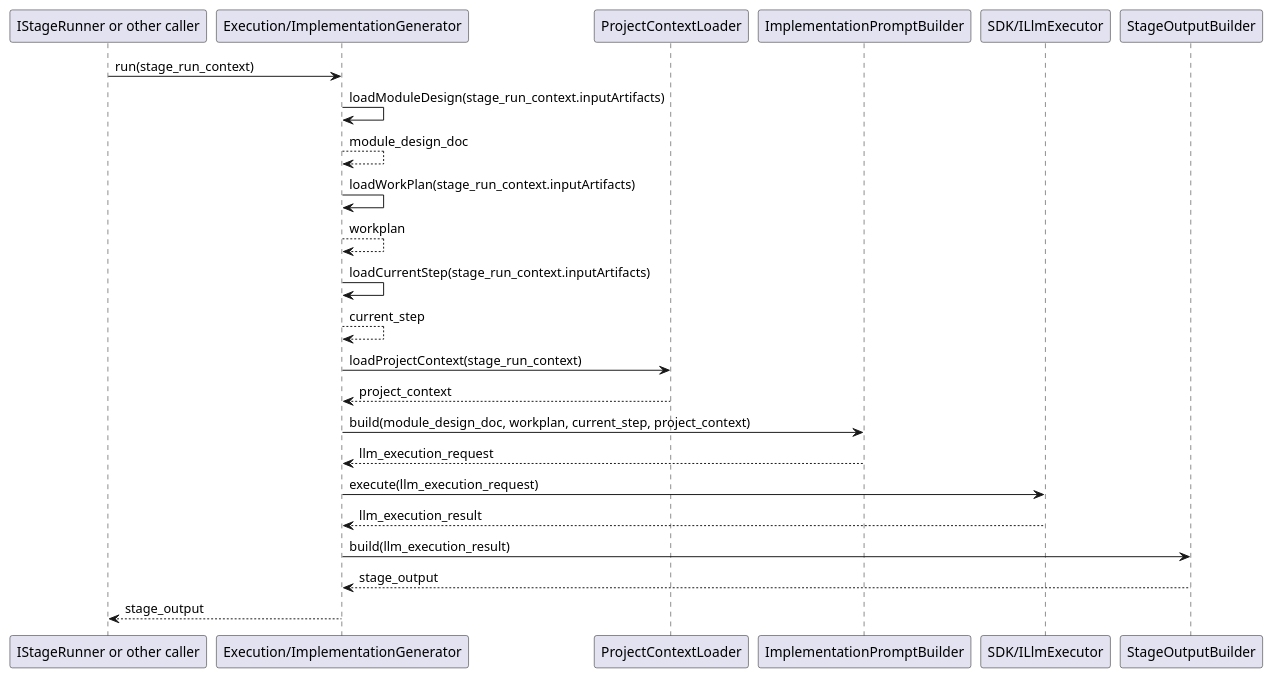
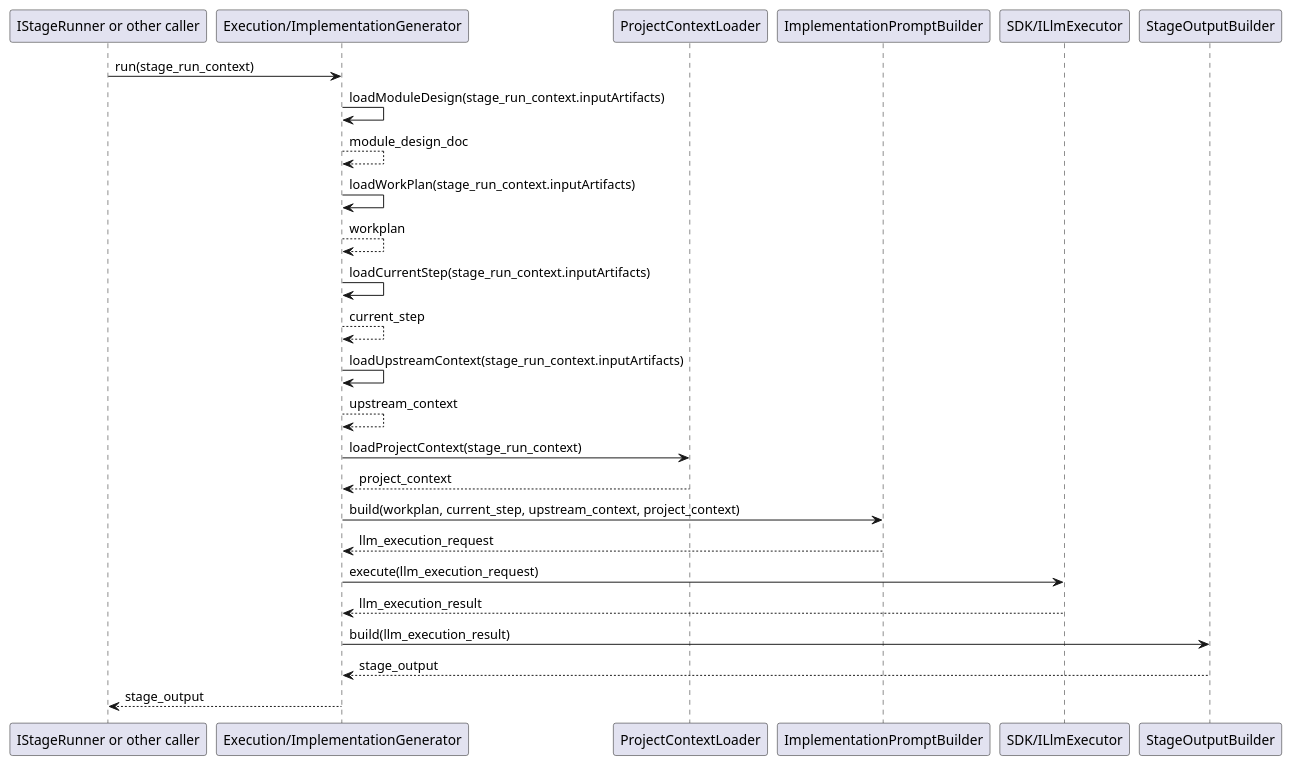
Before and after one commit to lucky-chen/ai_workflow_travel: the second of 2 diagrams in meta_layer/docs/design_docs/Execution/ImplementationGenerator.md, drawn with PlantUML. The commit also changed other lines of this file and 7 other files, not shown here.

````diff
--- a/meta_layer/docs/design_docs/Execution/ImplementationGenerator.md
+++ b/meta_layer/docs/design_docs/Execution/ImplementationGenerator.md
@@ -136,27 +136,29 @@
 ```plantuml
 @startuml
 participant Caller as "IStageRunner or other caller"
 participant ImplementationGenerator as "Execution/ImplementationGenerator"
 participant ProjectContextLoader
 participant ImplementationPromptBuilder
 participant ILlmExecutor as "SDK/ILlmExecutor"
 participant StageOutputBuilder
 
 Caller -> ImplementationGenerator: run(stage_run_context)
 ImplementationGenerator -> ImplementationGenerator: loadModuleDesign(stage_run_context.inputArtifacts)
 ImplementationGenerator --> ImplementationGenerator: module_design_doc
 ImplementationGenerator -> ImplementationGenerator: loadWorkPlan(stage_run_context.inputArtifacts)
 ImplementationGenerator --> ImplementationGenerator: workplan
 ImplementationGenerator -> ImplementationGenerator: loadCurrentStep(stage_run_context.inputArtifacts)
 ImplementationGenerator --> ImplementationGenerator: current_step
+ImplementationGenerator -> ImplementationGenerator: loadUpstreamContext(stage_run_context.inputArtifacts)
+ImplementationGenerator --> ImplementationGenerator: upstream_context
 ImplementationGenerator -> ProjectContextLoader: loadProjectContext(stage_run_context)
 ProjectContextLoader --> ImplementationGenerator: project_context
-ImplementationGenerator -> ImplementationPromptBuilder: build(module_design_doc, workplan, current_step, project_context)
+ImplementationGenerator -> ImplementationPromptBuilder: build(workplan, current_step, upstream_context, project_context)
 ImplementationPromptBuilder --> ImplementationGenerator: llm_execution_request
 ImplementationGenerator -> ILlmExecutor: execute(llm_execution_request)
 ILlmExecutor --> ImplementationGenerator: llm_execution_result
 ImplementationGenerator -> StageOutputBuilder: build(llm_execution_result)
 StageOutputBuilder --> ImplementationGenerator: stage_output
 ImplementationGenerator --> Caller: stage_output
 @enduml
 ```
````
